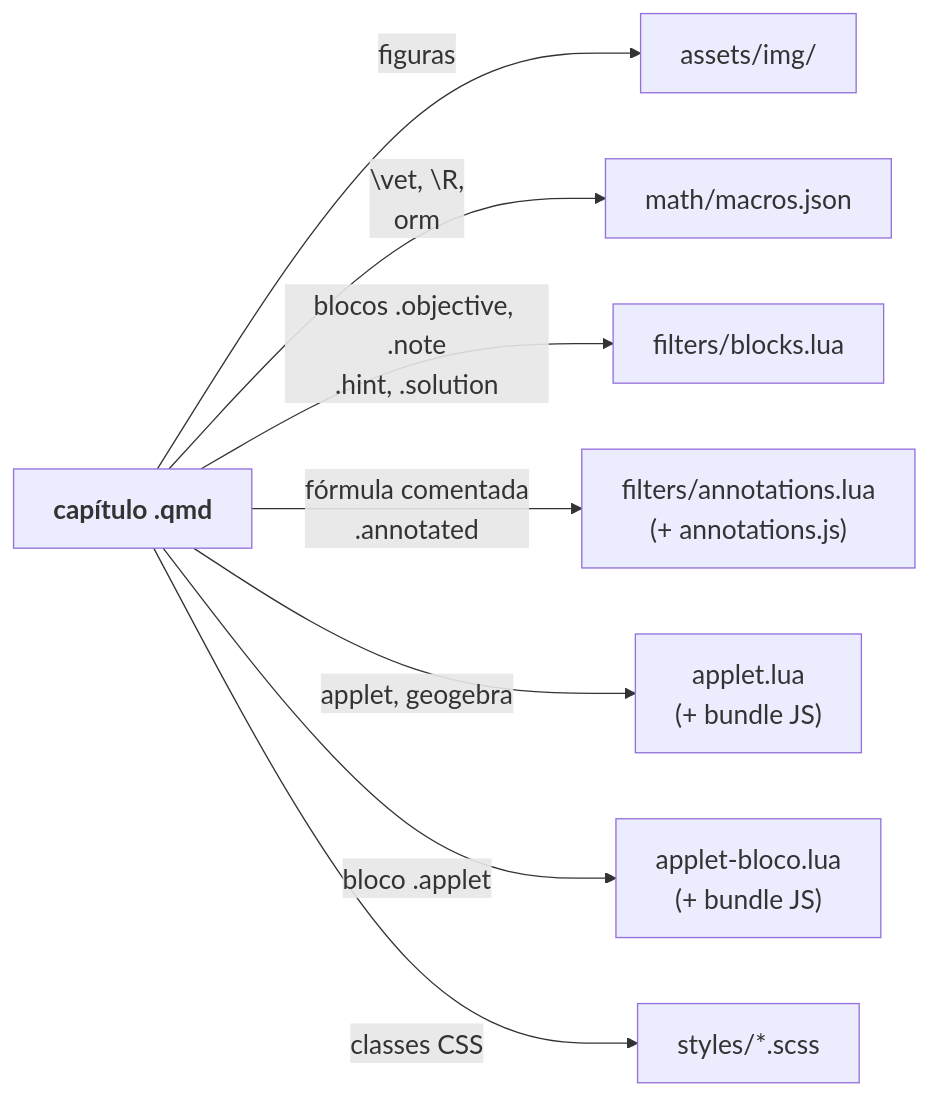
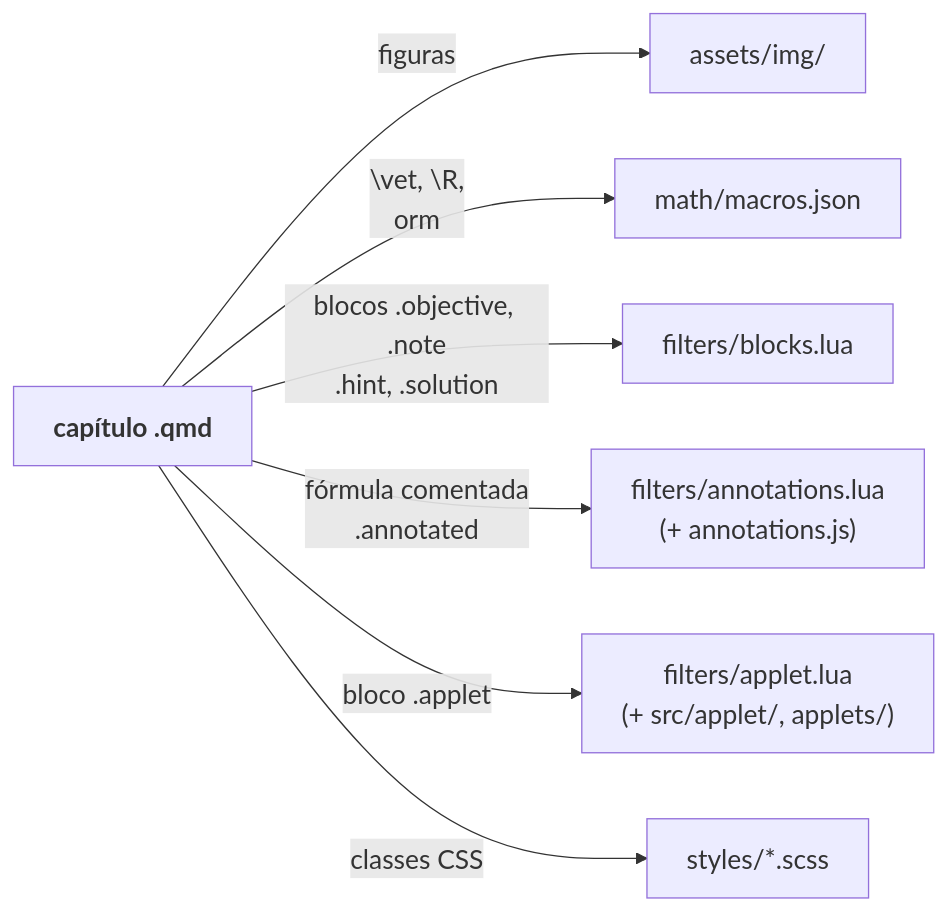
One commit to lcmerlo/livro-online-fcg changed the third of 9 diagrams in _interno/diretrizes/arquitetura.md. Above: the diagram before and after it, drawn with Mermaid. The commit also changed other lines of this file and 9 other files, not shown here.

````diff
--- a/_interno/diretrizes/arquitetura.md
+++ b/_interno/diretrizes/arquitetura.md
@@ -310,12 +285,11 @@
 ```mermaid
 %%{init: {"themeVariables": {"fontSize": "20px"}, "flowchart": {"wrappingWidth": 420}}}%%
 flowchart LR
     cap["<b>capítulo .qmd</b>"]
     cap -->|"figuras"| img["assets/img/"]
     cap -->|"\vet, \R, \norm"| macros["math/macros.json"]
     cap -->|"blocos .objective, .note<br/>.hint, .solution"| blocos["filters/blocks.lua"]
     cap -->|"fórmula comentada<br/>.annotated"| annot["filters/annotations.lua<br/>(+ annotations.js)"]
-    cap -->|"applet, geogebra"| appletlua["applet.lua<br/>(+ bundle JS)"]
-    cap -->|"bloco .applet"| appletbloco["applet-bloco.lua<br/>(+ bundle JS)"]
+    cap -->|"bloco .applet"| appletlua["filters/applet.lua<br/>(+ src/applet/, applets/)"]
     cap -->|"classes CSS"| scss["styles/*.scss"]
 ```
````
